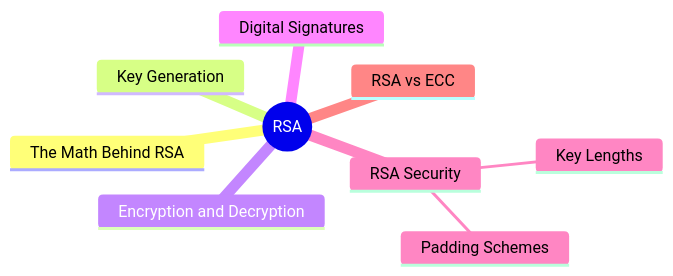
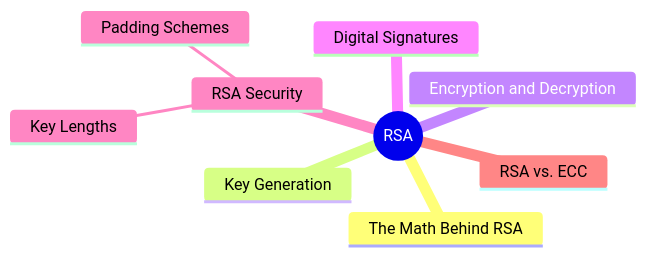
The diagram in src/posts/en/network-rsa.mdx (Charmying/blog), drawn with Mermaid before and after one commit. The commit also changed other lines of this file and 41 other files, not shown here.

````diff
--- a/src/posts/en/network-rsa.mdx
+++ b/src/posts/en/network-rsa.mdx
@@ -14,12 +14,12 @@
 ```mermaid
 mindmap
     root((RSA))
         The Math Behind RSA
         Key Generation
         Encryption and Decryption
         Digital Signatures
         RSA Security
             Key Lengths
             Padding Schemes
-        RSA vs ECC
+        RSA vs. ECC
 ```
````
